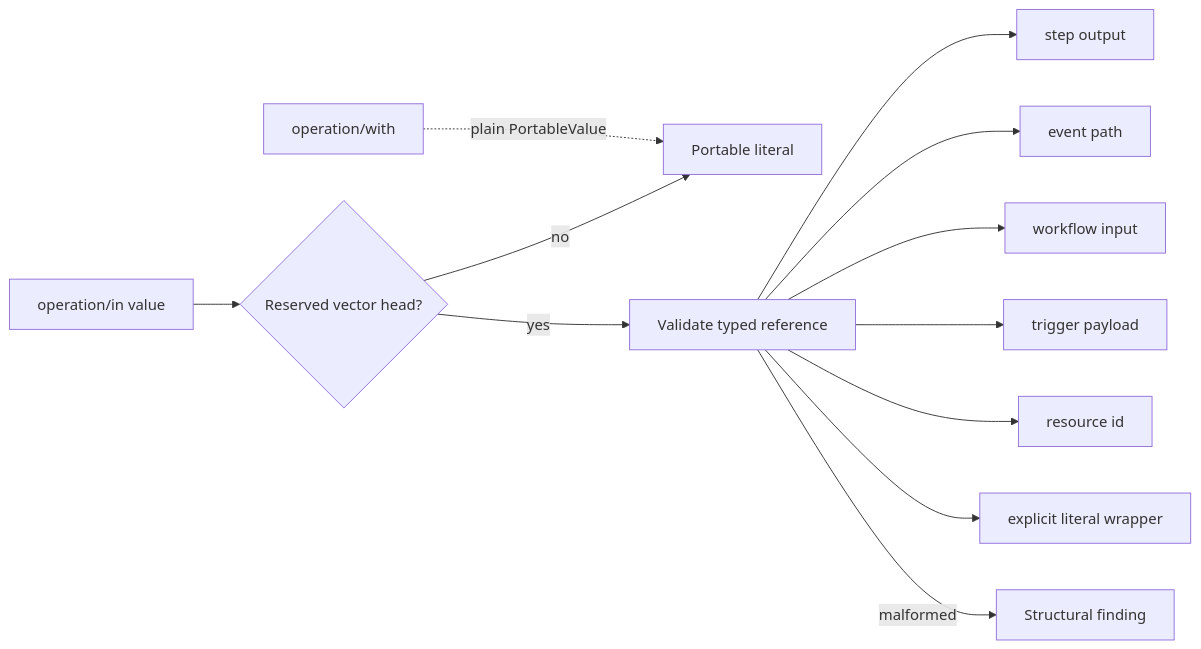
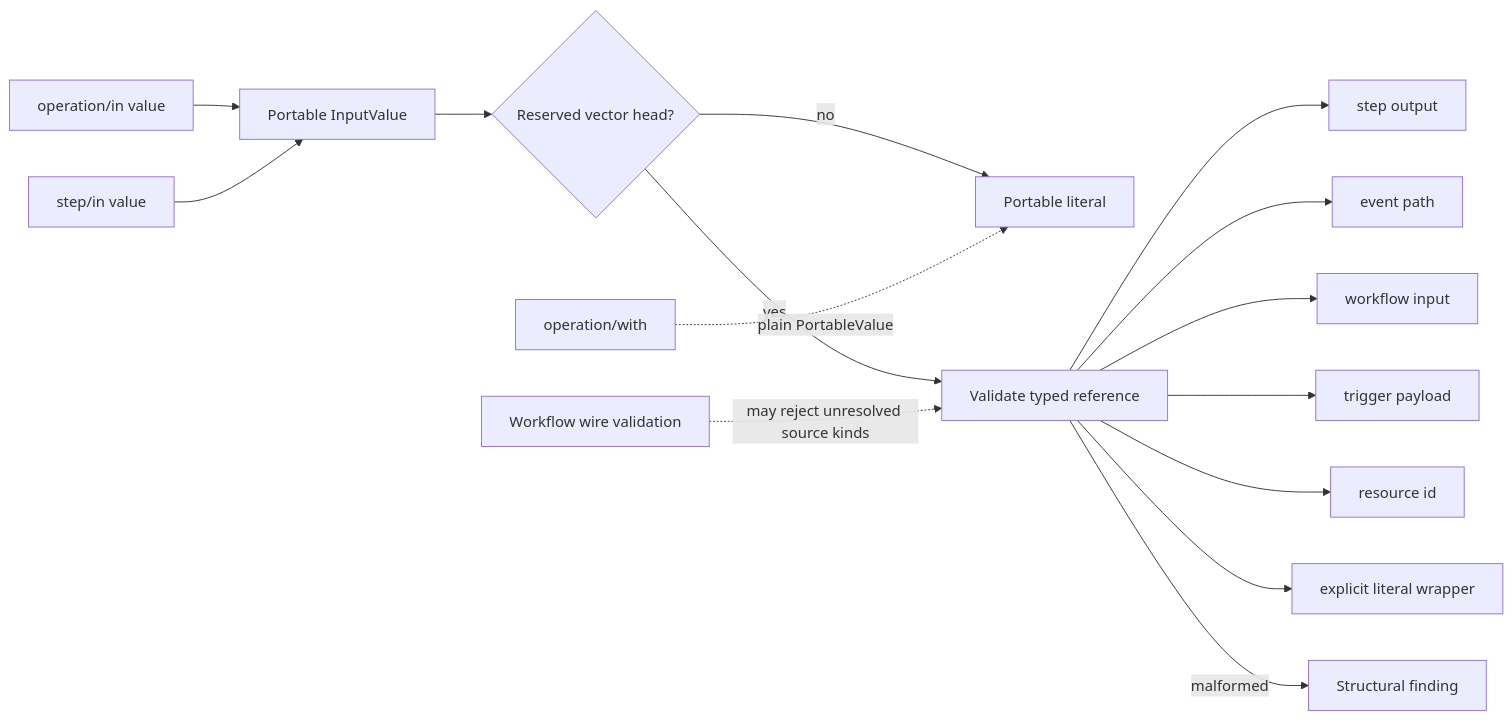
Before and after one commit to open-hax/katamorph: the diagram in docs/workflows/portable-input-references.mmd, drawn with Mermaid.

Commit message:
docs(workflow): show shared step input values

```diff
--- a/docs/workflows/portable-input-references.mmd
+++ b/docs/workflows/portable-input-references.mmd
@@ -1,12 +1,15 @@
 flowchart LR
-  Input[operation/in value] --> Reserved{Reserved vector head?}
+  Direct[operation/in value] --> Input[Portable InputValue]
+  StepIn[step/in value] --> Input
+  Input --> Reserved{Reserved vector head?}
   Reserved -->|no| Literal[Portable literal]
   Reserved -->|yes| Ref[Validate typed reference]
   Ref --> Step[step output]
   Ref --> Event[event path]
   Ref --> Workflow[workflow input]
   Ref --> Trigger[trigger payload]
   Ref --> Resource[resource id]
   Ref --> Explicit[explicit literal wrapper]
   Ref -->|malformed| Finding[Structural finding]
   Config[operation/with] -. plain PortableValue .-> Literal
+  Wire[Workflow wire validation] -. may reject unresolved source kinds .-> Ref
```
